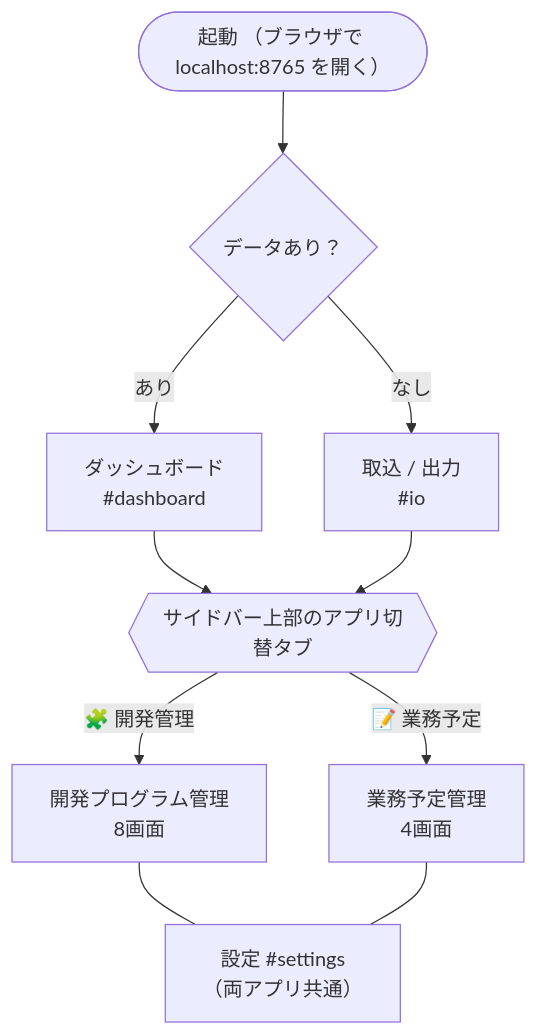
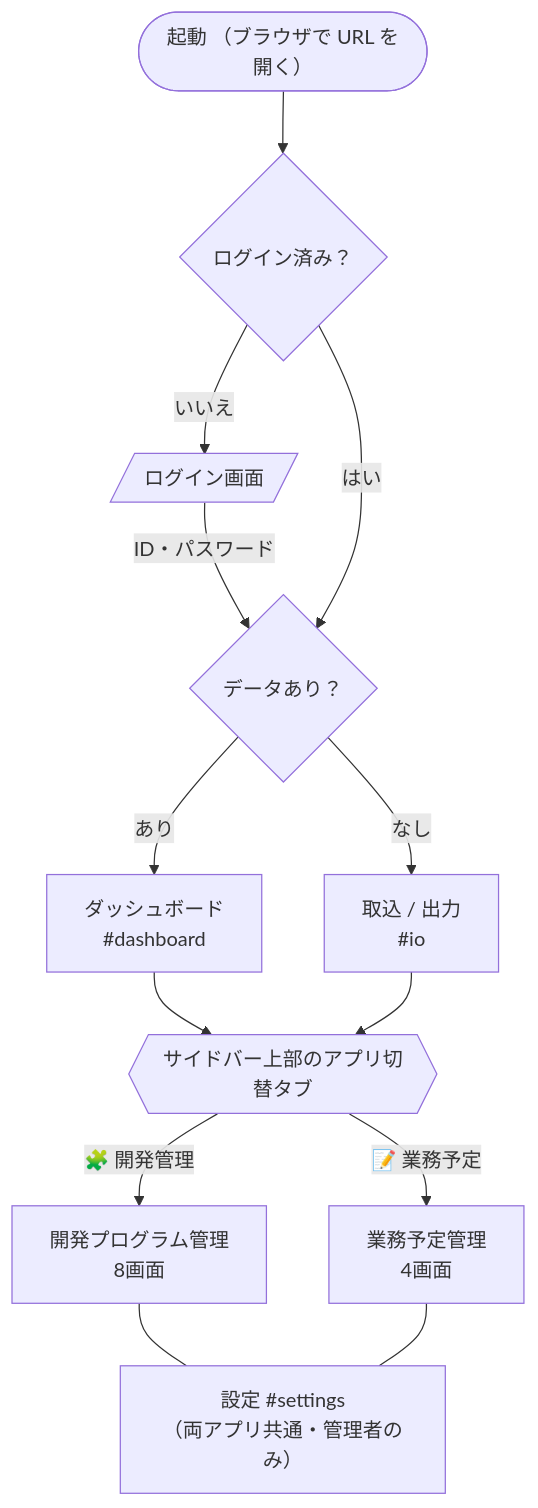
Before and after one commit to okSJ28/management-tool: the first of 7 diagrams in docs/画面遷移図.md, drawn with Mermaid. The commit also changed other lines of this file and 63 other files, not shown here.

````diff
--- a/docs/画面遷移図.md
+++ b/docs/画面遷移図.md
@@ -50,15 +50,18 @@
 ```mermaid
 flowchart TB
-    START(["起動 （ブラウザで localhost:8765 を開く）"]) --> BOOT{"データあり？"}
+    START(["起動 （ブラウザで URL を開く）"]) --> AUTH{"ログイン済み？"}
+    AUTH -- "いいえ" --> LOGIN[/"ログイン画面"/]
+    LOGIN -- "ID・パスワード" --> BOOT
+    AUTH -- "はい" --> BOOT{"データあり？"}
     BOOT -- "あり" --> DASH["ダッシュボード<br/>#dashboard"]
     BOOT -- "なし" --> IO["取込 / 出力<br/>#io"]
 
     DASH --> TAB
     IO --> TAB
     TAB{{"サイドバー上部のアプリ切替タブ"}}
     TAB -- "🧩 開発管理" --> DEVAPP["開発プログラム管理<br/>8画面"]
     TAB -- "📝 業務予定" --> PLANAPP["業務予定管理<br/>4画面"]
 
-    DEVAPP --- SET["設定 #settings<br/>（両アプリ共通）"]
+    DEVAPP --- SET["設定 #settings<br/>（両アプリ共通・管理者のみ）"]
     PLANAPP --- SET
 ```
````
